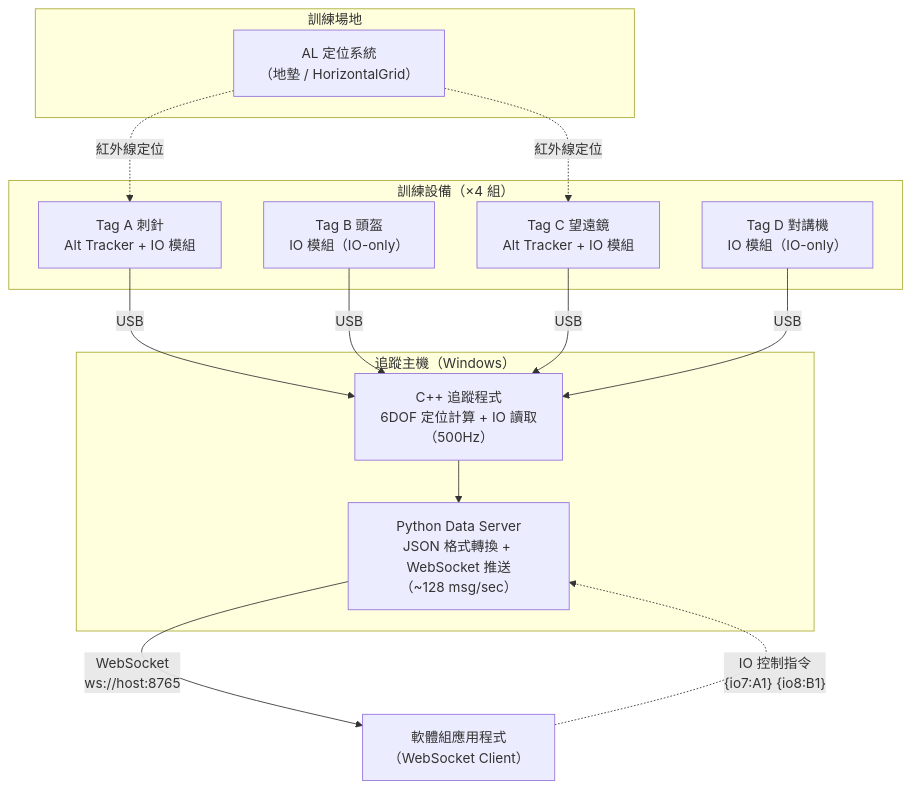
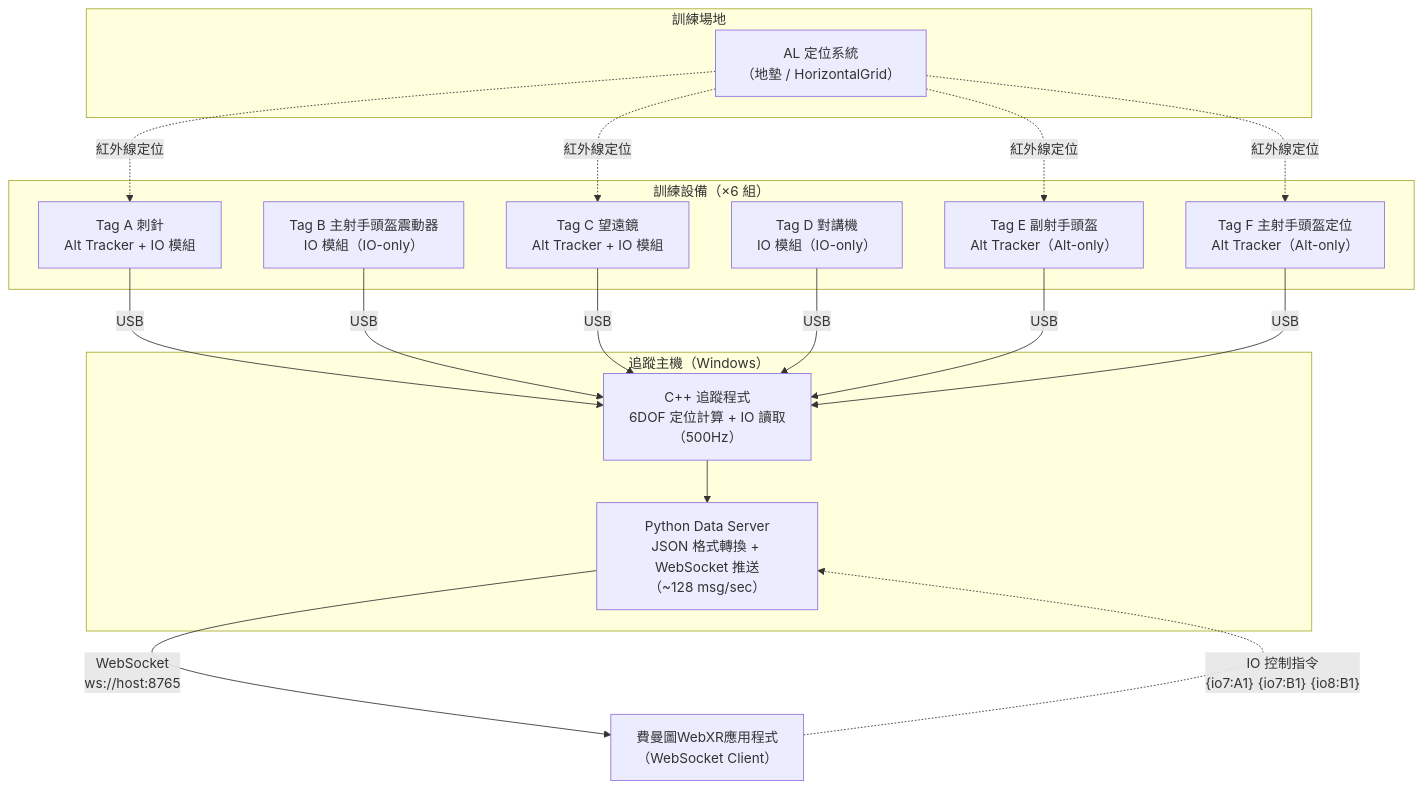
One commit to gptt-jacky/FIM92_AL changed the diagram in docs/architecture.mmd. Above: the diagram before and after it, drawn with Mermaid. The commit also changed 17 other files, not shown here.

First line of the commit message:
6-device architecture: Tag B IO-only vibrator, Tag E/F Alt-only, COMM_SPEC V1.0

```diff
--- a/docs/architecture.mmd
+++ b/docs/architecture.mmd
@@ -1,28 +1,34 @@
 graph TD
     subgraph 場地["訓練場地"]
         ENV["AL 定位系統<br/>（地墊 / HorizontalGrid）"]
     end
 
-    subgraph 裝置["訓練設備（×4 組）"]
+    subgraph 裝置["訓練設備（×6 組）"]
         A["Tag A 刺針<br/>Alt Tracker + IO 模組"]
-        B["Tag B 頭盔<br/>IO 模組（IO-only）"]
+        B["Tag B 主射手頭盔震動器<br/>IO 模組（IO-only）"]
         C["Tag C 望遠鏡<br/>Alt Tracker + IO 模組"]
         D["Tag D 對講機<br/>IO 模組（IO-only）"]
+        E["Tag E 副射手頭盔<br/>Alt Tracker（Alt-only）"]
+        F["Tag F 主射手頭盔定位<br/>Alt Tracker（Alt-only）"]
     end
 
     subgraph 主機["追蹤主機（Windows）"]
         CPP["C++ 追蹤程式<br/>6DOF 定位計算 + IO 讀取<br/>（500Hz）"]
         PY["Python Data Server<br/>JSON 格式轉換 + WebSocket 推送<br/>（~128 msg/sec）"]
     end
 
-    CLIENT["軟體組應用程式<br/>（WebSocket Client）"]
+    CLIENT["費曼圖WebXR應用程式<br/>（WebSocket Client）"]
 
     ENV -. "紅外線定位" .-> A
     ENV -. "紅外線定位" .-> C
+    ENV -. "紅外線定位" .-> E
+    ENV -. "紅外線定位" .-> F
     A -- "USB" --> CPP
     B -- "USB" --> CPP
     C -- "USB" --> CPP
     D -- "USB" --> CPP
+    E -- "USB" --> CPP
+    F -- "USB" --> CPP
     CPP --> PY
     PY -- "WebSocket<br/>ws://host:8765" --> CLIENT
-    CLIENT -. "IO 控制指令<br/>{io7:A1} {io8:B1}" .-> PY
+    CLIENT -. "IO 控制指令<br/>{io7:A1} {io7:B1} {io8:B1}" .-> PY
```
